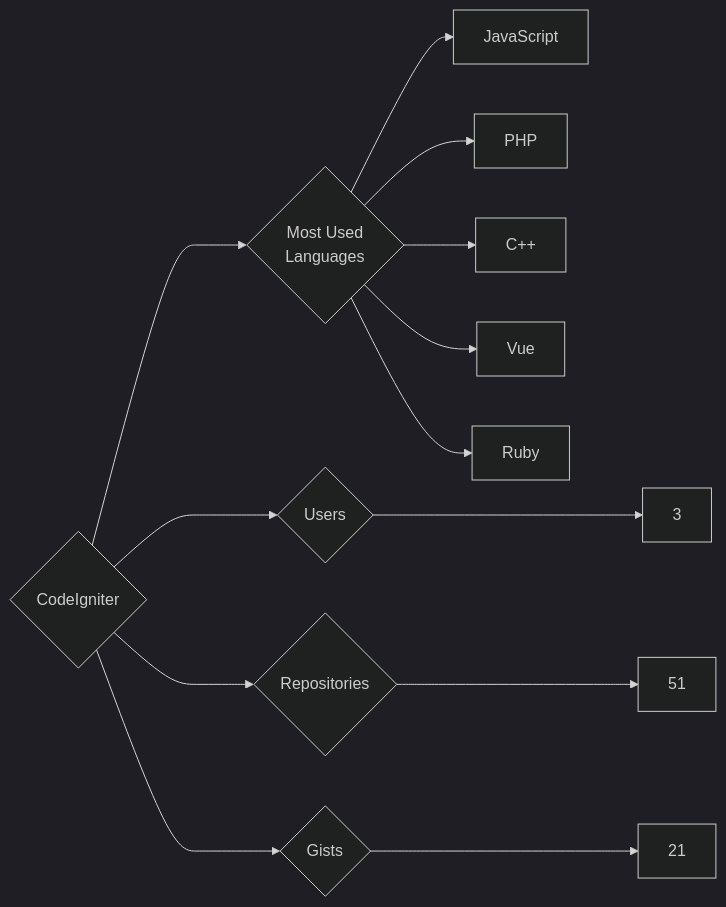
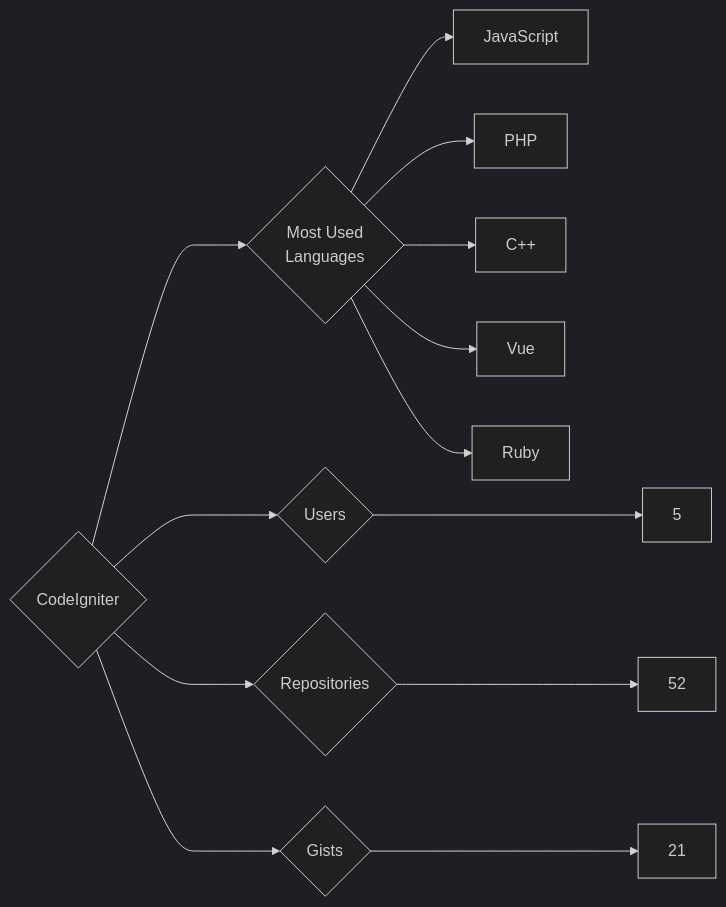
One commit to trickest/insiders changed the diagram in targets/CodeIgniter/README.md. Above: the diagram before and after it, drawn with Mermaid (dark theme). The commit also changed 748 other files, not shown here.

````diff
--- a/targets/CodeIgniter/README.md
+++ b/targets/CodeIgniter/README.md
@@ -3,13 +3,13 @@
 ```mermaid
 graph LR
 COMPANY_NAME{CodeIgniter}
-COMPANY_NAME ---> U{Users} ---> UN[3]
-COMPANY_NAME ---> R{Repositories} ---> RN[51]
+COMPANY_NAME ---> U{Users} ---> UN[5]
+COMPANY_NAME ---> R{Repositories} ---> RN[52]
 COMPANY_NAME ---> G{Gists} ---> GN[21]
 COMPANY_NAME ---> ML{Most Used<br>Languages}
 ML --> JavaScript[JavaScript]
 ML --> PHP[PHP]
 ML --> C++[C++]
 ML --> Vue[Vue]
 ML --> Ruby[Ruby]
 ```
````
